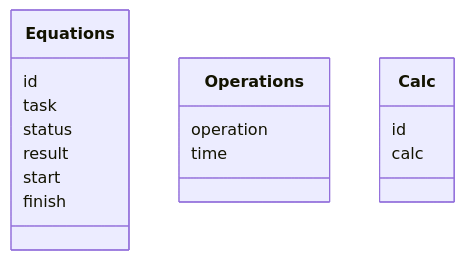
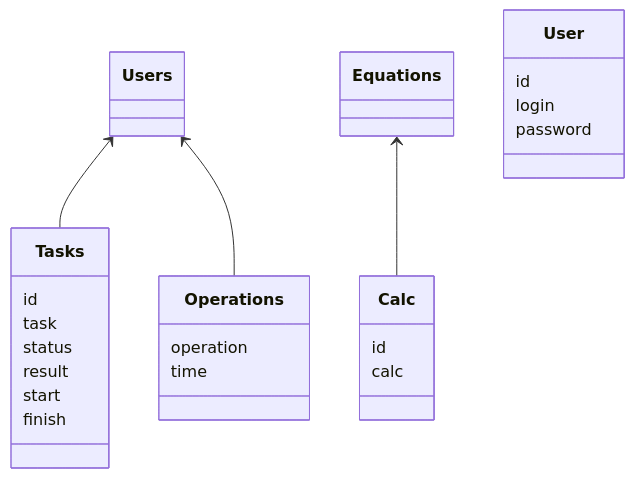
One commit to DrPepper1337/GoProject changed the diagram in README.md. Above: the diagram before and after it, drawn with Mermaid.

````diff
--- a/README.md
+++ b/README.md
@@ -19,19 +19,27 @@
 ```mermaid
 classDiagram
-    class Equations{
+    Users <-- Tasks
+    Users <-- Operations
+    Equations <-- Calc
+    class Tasks{
       id
       task
       status
       result
       start
       finish
     }
     class Operations{
       operation
       time
     }
     class Calc{
       id
       calc
     }
+    class User{
+        id
+        login
+        password
+    }
 ```
````
